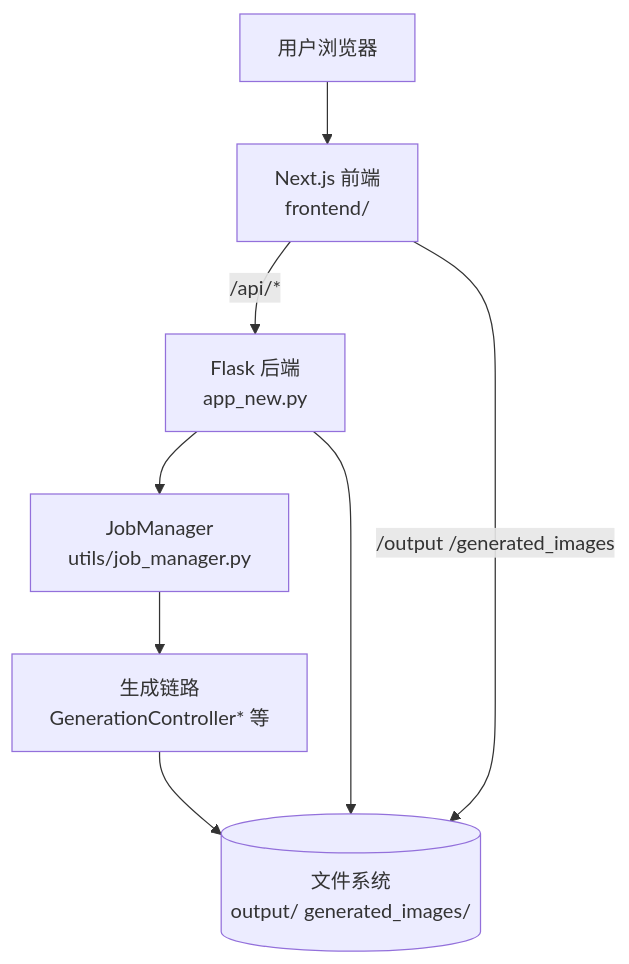
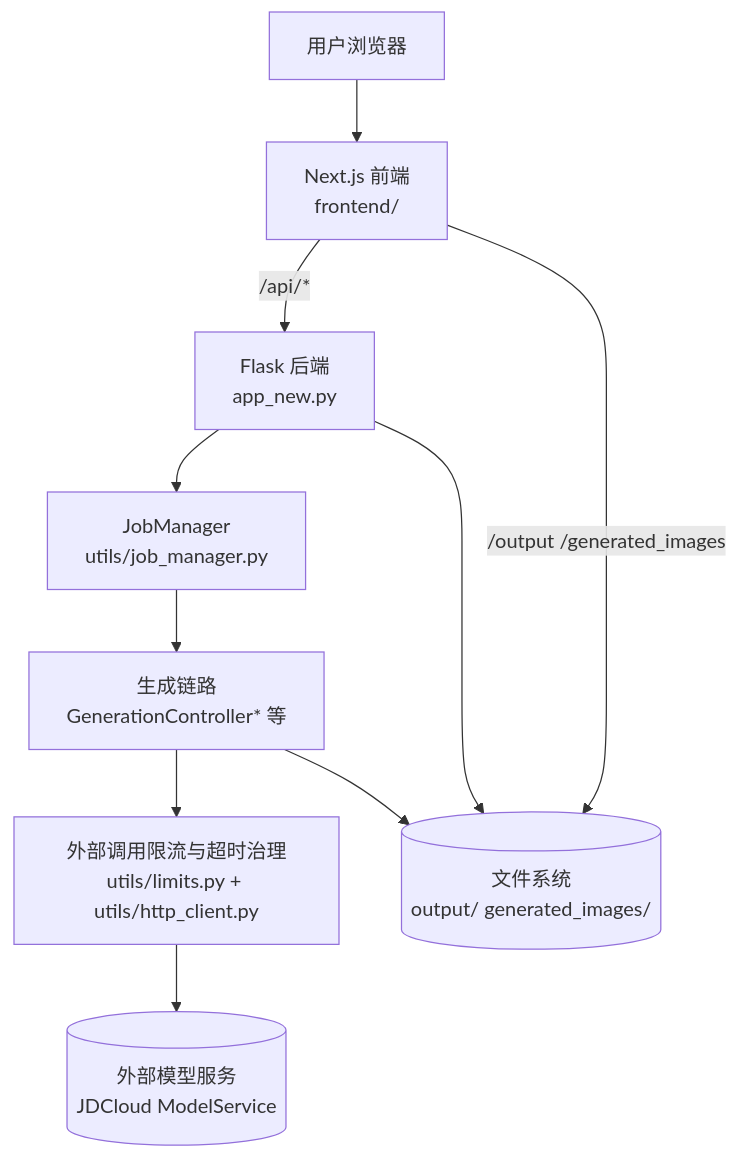
Before and after one commit to yssssssssssss/joy-ip: the first of 2 diagrams in helloagents/wiki/arch.md, drawn with Mermaid. The commit also changed other lines of this file and 132 other files, not shown here.

````diff
--- a/helloagents/wiki/arch.md
+++ b/helloagents/wiki/arch.md
@@ -4,10 +4,12 @@
 ```mermaid
 flowchart TD
   U[用户浏览器] --> FE[Next.js 前端\nfrontend/]
   FE -->|/api/*| BE[Flask 后端\napp_new.py]
   BE --> JM[JobManager\nutils/job_manager.py]
   JM --> PIPE[生成链路\nGenerationController* 等]
+  PIPE --> LIMIT[外部调用限流与超时治理\nutils/limits.py + utils/http_client.py]
+  LIMIT --> EXT[(外部模型服务\nJDCloud ModelService)]
   PIPE --> FS[(文件系统\noutput/ generated_images/)]
   BE --> FS
   FE -->|/output /generated_images| FS
 ```
````
